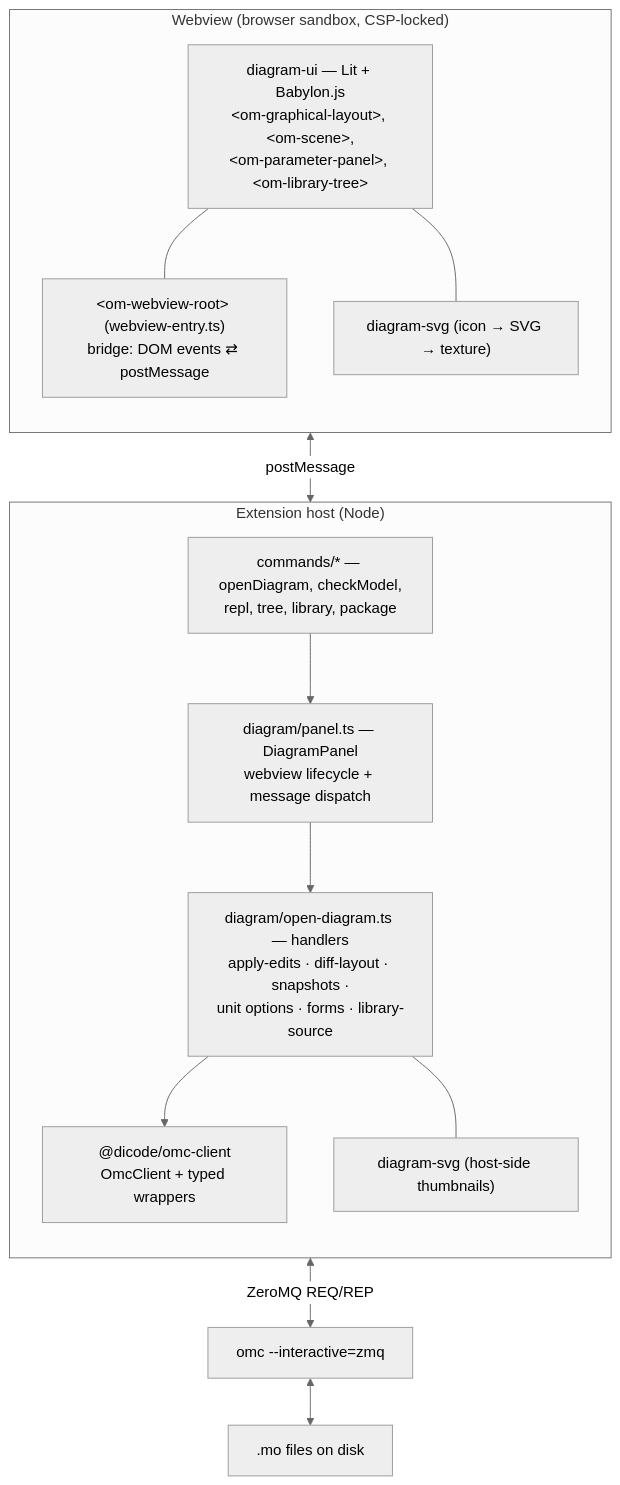
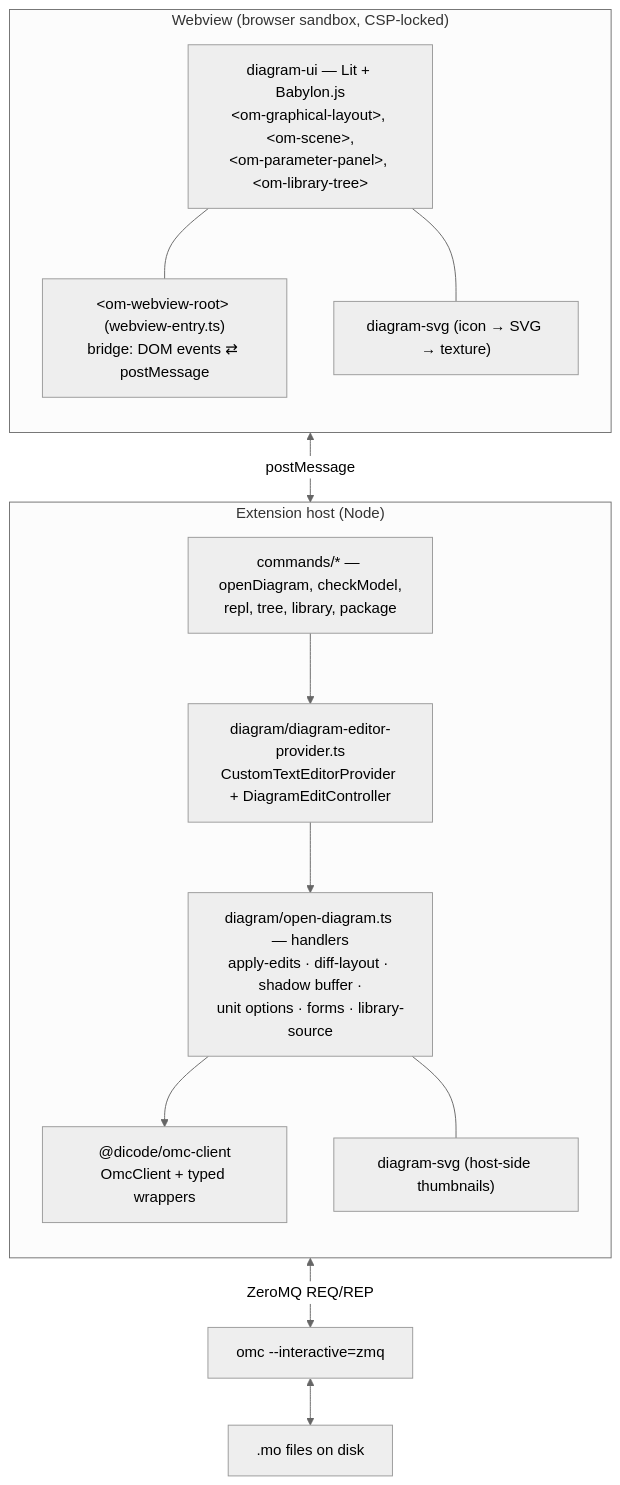
Before and after one commit to dicode-ayo/modelica-wrapper: the first of 3 diagrams in docs/architecture.md, drawn with Mermaid (neutral theme). The commit also changed other lines of this file and 1 other file, not shown here.

First line of the commit message:
docs(extension): describe the custom-editor persistence model

````diff
--- a/docs/architecture.md
+++ b/docs/architecture.md
@@ -18,29 +18,29 @@
 ```mermaid
 flowchart TB
     subgraph WV["Webview (browser sandbox, CSP-locked)"]
         direction TB
         DUI["diagram-ui — Lit + Babylon.js<br/>&lt;om-graphical-layout&gt;, &lt;om-scene&gt;,<br/>&lt;om-parameter-panel&gt;, &lt;om-library-tree&gt;"]
         ROOT["&lt;om-webview-root&gt; (webview-entry.ts)<br/>bridge: DOM events ⇄ postMessage"]
         DSVG1["diagram-svg (icon → SVG → texture)"]
         DUI --- ROOT
         DUI --- DSVG1
     end
 
     subgraph HOST["Extension host (Node)"]
         direction TB
         CMD["commands/* — openDiagram, checkModel,<br/>repl, tree, library, package"]
-        PANEL["diagram/panel.ts — DiagramPanel<br/>webview lifecycle + message dispatch"]
-        HANDLERS["diagram/open-diagram.ts — handlers<br/>apply-edits · diff-layout · snapshots ·<br/>unit options · forms · library-source"]
+        PANEL["diagram/diagram-editor-provider.ts<br/>CustomTextEditorProvider + DiagramEditController"]
+        HANDLERS["diagram/open-diagram.ts — handlers<br/>apply-edits · diff-layout · shadow buffer ·<br/>unit options · forms · library-source"]
         OCLIENT["@dicode/omc-client<br/>OmcClient + typed wrappers"]
         CMD --> PANEL --> HANDLERS --> OCLIENT
         DSVG2["diagram-svg (host-side thumbnails)"]
         HANDLERS --- DSVG2
     end
 
     OMC["omc --interactive=zmq"]
     FILES[".mo files on disk"]
 
     ROOT <-->|"postMessage"| PANEL
     OCLIENT <-->|"ZeroMQ REQ/REP"| OMC
     OMC <--> FILES
 ```
````
